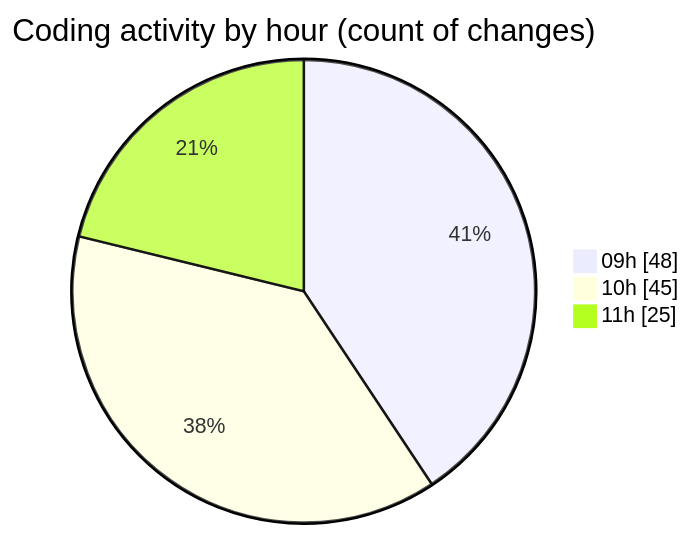
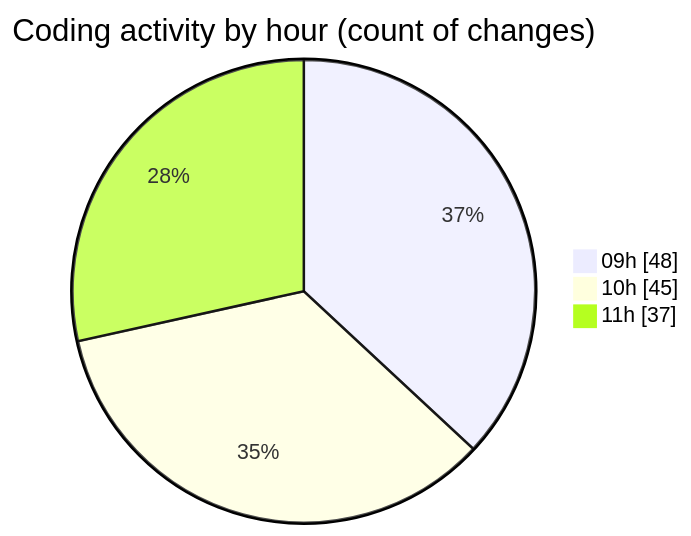
One commit to momahboobian/code-tracking changed the second of 2 diagrams in 2025-03-14/cda/README.md. Above: the diagram before and after it, drawn with Mermaid. The commit also changed other lines of this file and 1 other file, not shown here.

````diff
--- a/2025-03-14/cda/README.md
+++ b/2025-03-14/cda/README.md
@@ -45,7 +45,7 @@
 ```mermaid
 pie showData
 title Coding activity by hour (count of changes)
 "09h" : 48
 "10h" : 45
-"11h" : 25
+"11h" : 37
 ```
````
